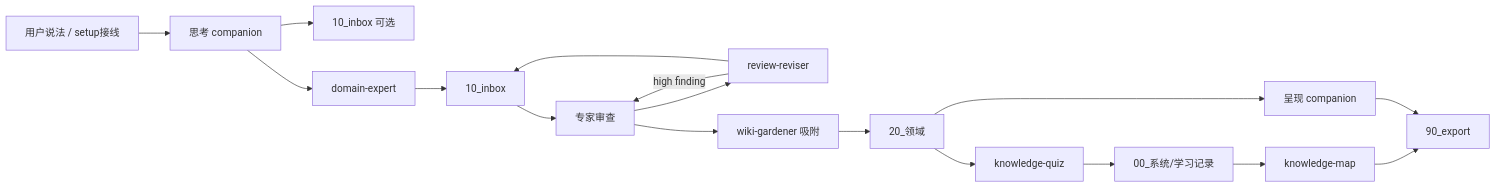
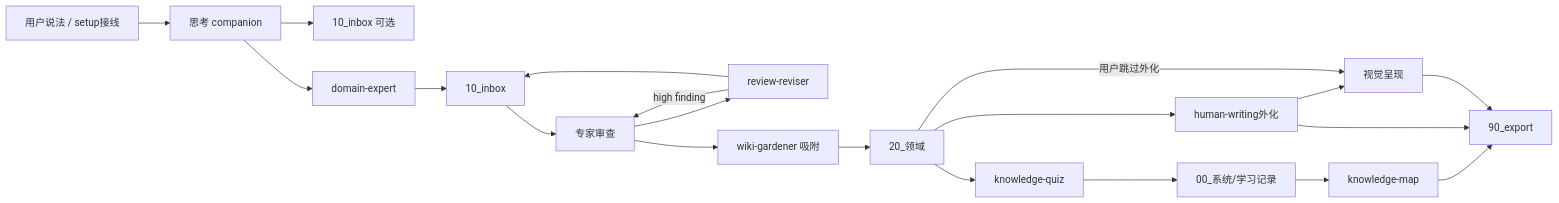
The diagram in docs/companion协作流程.md (tangzzz-fan/Wiki-Gardener-Skill), drawn with Mermaid before and after one commit. The commit also changed other lines of this file and 60 other files, not shown here.

First line of the commit message:
Add human-writing companion before visual present for Chinese outward prose.

````diff
--- a/docs/companion协作流程.md
+++ b/docs/companion协作流程.md
@@ -67,19 +70,22 @@
 ```mermaid
 flowchart LR
   invoke[用户说法 / setup接线] --> think[思考 companion]
   think --> inboxA[10_inbox 可选]
   think --> expert[domain-expert]
   expert --> inboxB[10_inbox]
   inboxB --> review[专家审查]
   review --> revise[review-reviser]
   revise -->|"high finding"| review
   revise --> inboxB
   review --> gardener[wiki-gardener 吸附]
   gardener --> domain[20_领域]
   domain --> quiz[knowledge-quiz]
   quiz --> learn[00_系统/学习记录]
   learn --> map[knowledge-map]
   map --> exportDir
-  domain --> present[呈现 companion]
+  domain --> outward[human-writing外化]
+  outward --> exportDir
+  outward --> present[视觉呈现]
+  domain -->|"用户跳过外化"| present
   present --> exportDir[90_export]
 ```
````
